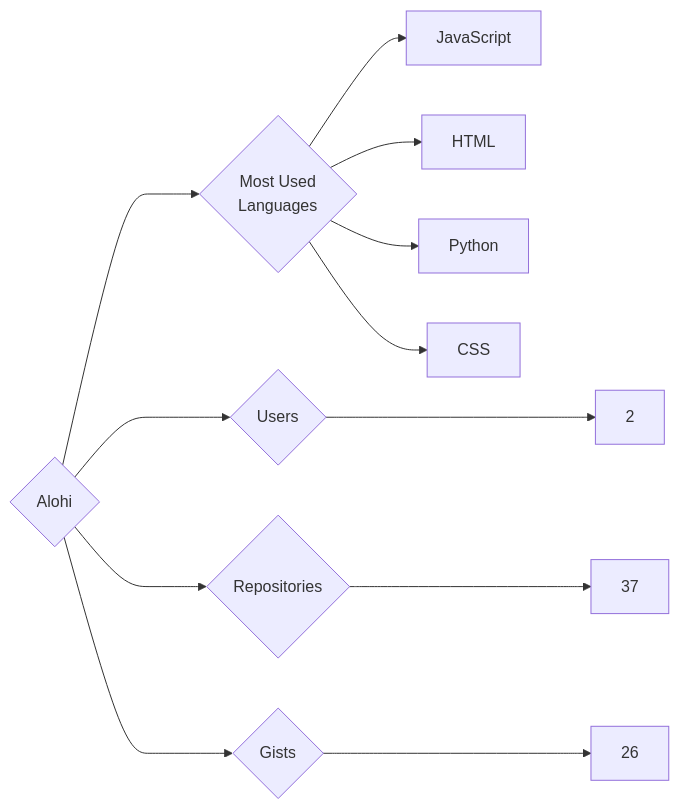
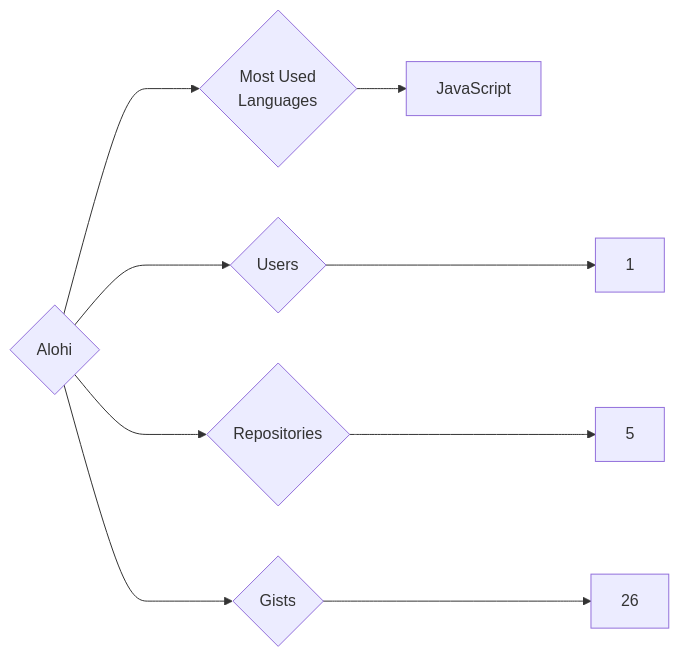
One commit to trickest/insiders changed the diagram in targets/Alohi/README.md. Above: the diagram before and after it, drawn with Mermaid. The commit also changed 1314 other files, not shown here.

````diff
--- a/targets/Alohi/README.md
+++ b/targets/Alohi/README.md
@@ -3,12 +3,9 @@
 ```mermaid
 graph LR
 COMPANY_NAME{Alohi}
-COMPANY_NAME ---> U{Users} ---> UN[2]
-COMPANY_NAME ---> R{Repositories} ---> RN[37]
+COMPANY_NAME ---> U{Users} ---> UN[1]
+COMPANY_NAME ---> R{Repositories} ---> RN[5]
 COMPANY_NAME ---> G{Gists} ---> GN[26]
 COMPANY_NAME ---> ML{Most Used<br>Languages}
 ML --> JavaScript[JavaScript]
-ML --> HTML[HTML]
-ML --> Python[Python]
-ML --> CSS[CSS]
 ```
````
